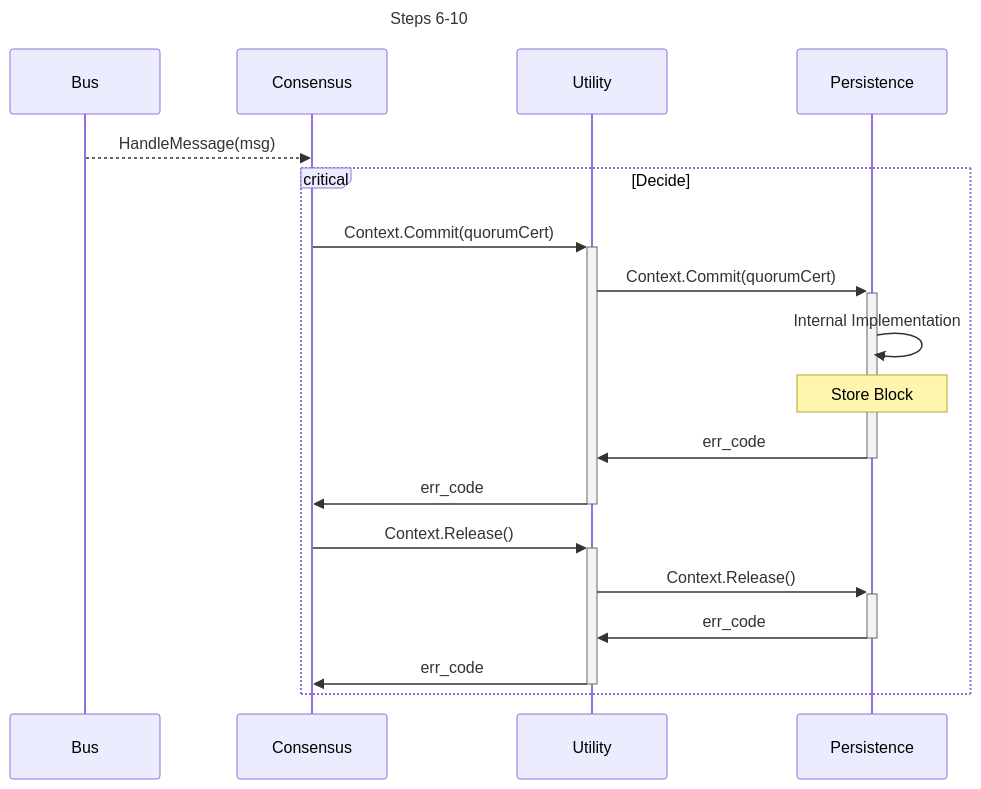
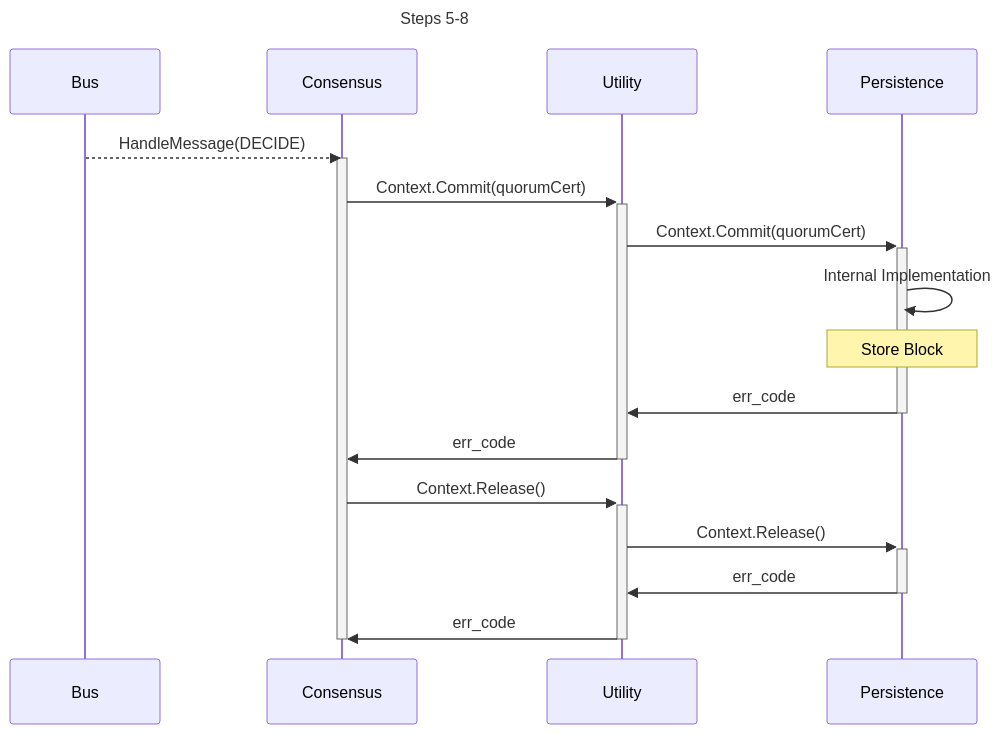
Before and after one commit to pokt-network/pocket: the second of 5 diagrams in shared/docs/PROTOCOL_STATE_HASH.md, drawn with Mermaid. The commit also changed other lines of this file and 33 other files, not shown here.

````diff
--- a/shared/docs/PROTOCOL_STATE_HASH.md
+++ b/shared/docs/PROTOCOL_STATE_HASH.md
@@ -61,29 +65,28 @@
 ```mermaid
 sequenceDiagram
-    title Steps 6-10
+    title Steps 5-8
     participant B as Bus
     participant C as Consensus
     participant U as Utility
     participant P as Persistence
 
     %% Handle New Message
-    B-->>C: HandleMessage(msg)
+    B-->>C: HandleMessage(DECIDE)
 
-    critical Decide
-        %% Commit Context
-        C->>+U: Context.Commit(quorumCert)
-        U->>+P: Context.Commit(quorumCert)
-        P->>P: Internal Implementation
-        Note over P: Store Block
-        P->>-U: err_code
-        U->>C: err_code
-        deactivate U
+    activate C
+    %% Commit Context
+    C->>+U: Context.Commit(quorumCert)
+    U->>+P: Context.Commit(quorumCert)
+    P->>P: Internal Implementation
+    Note over P: Store Block
+    P->>-U: err_code
+    U->>C: err_code
+    deactivate U
 
-        %% Release Context
-        C->>+U: Context.Release()
-        U->>+P: Context.Release()
-        P->>-U: err_code
-        U->>-C: err_code
-    end
-
+    %% Release Context
+    C->>+U: Context.Release()
+    U->>+P: Context.Release()
+    P->>-U: err_code
+    U->>-C: err_code
+    deactivate C
 ```
````
